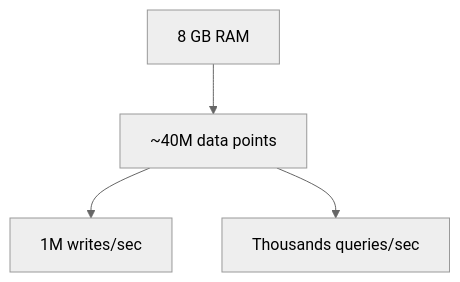
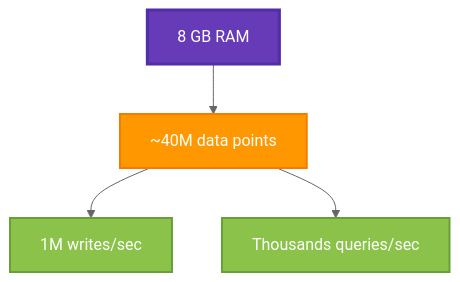
One commit to Pablo997/pulsardb changed the sixth of 6 diagrams in docs/benchmarks.md. Above: the diagram before and after it, drawn with Mermaid (neutral theme). The commit also changed other lines of this file and 2 other files, not shown here.

Commit message:
Update README and documentation with enhanced performance metrics, including write/query throughput and memory efficiency. Add performance optimizations to the README and adjust roadmap completion date to November 2025.

````diff
--- a/docs/benchmarks.md
+++ b/docs/benchmarks.md
@@ -259,6 +267,10 @@
 ```mermaid
 graph TD
     A[8 GB RAM] --> B[~40M data points]
     B --> C[1M writes/sec]
     B --> D[Thousands queries/sec]
+    style A fill:#673AB7,stroke:#512DA8,stroke-width:3px,color:#fff
+    style B fill:#FF9800,stroke:#F57C00,stroke-width:2px,color:#fff
+    style C fill:#8BC34A,stroke:#689F38,stroke-width:2px,color:#fff
+    style D fill:#8BC34A,stroke:#689F38,stroke-width:2px,color:#fff
 ```
````
